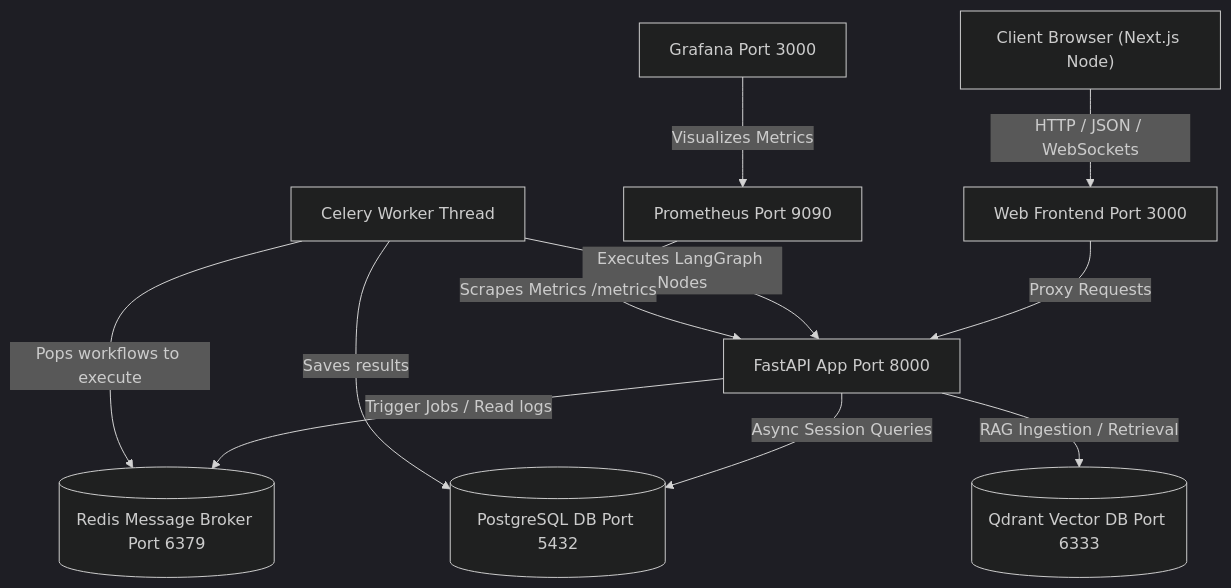
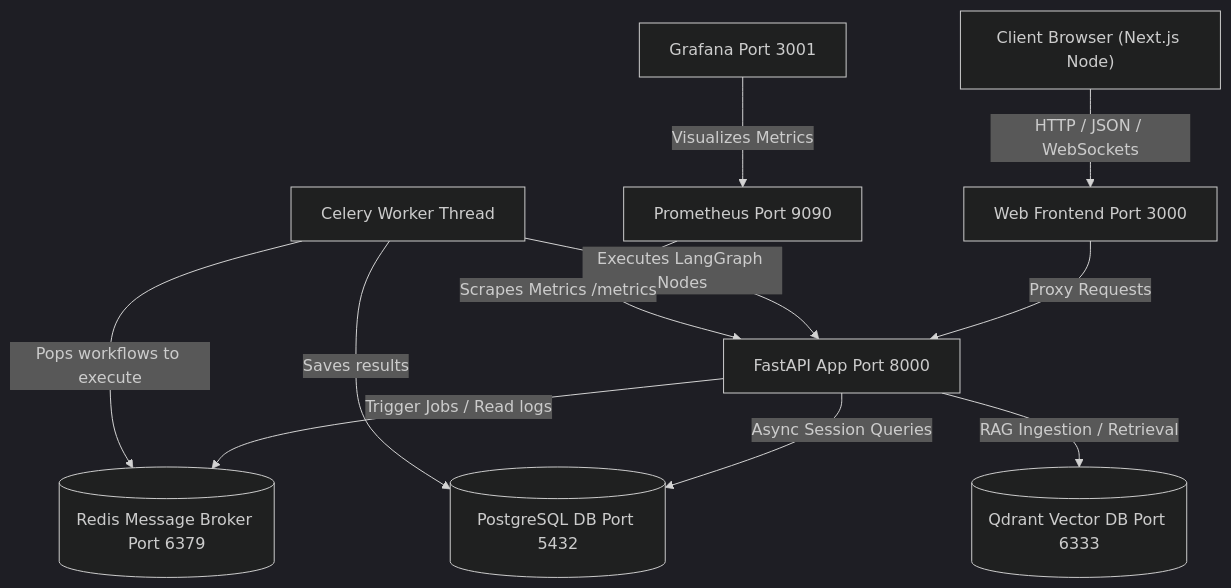
The first of 3 diagrams in README.md (vinayiet/AI-Startup-Co-Founder-SaaS-Platform), drawn with Mermaid (dark theme) before and after one commit. The commit also changed other lines of this file and 2 other files, not shown here.

````diff
--- a/README.md
+++ b/README.md
@@ -27,23 +38,23 @@
 ```mermaid
 graph TD
     User["Client Browser (Next.js Node)"]
     Nginx["Web Frontend Port 3000"]
     API["FastAPI App Port 8000"]
     Celery["Celery Worker Thread"]
     DB[("PostgreSQL DB Port 5432")]
     Cache[("Redis Message Broker Port 6379")]
     Vector[("Qdrant Vector DB Port 6333")]
     Prometheus["Prometheus Port 9090"]
-    Grafana["Grafana Port 3000"]
+    Grafana["Grafana Port 3001"]
 
     User -->|HTTP / JSON / WebSockets| Nginx
     Nginx -->|Proxy Requests| API
     API -->|Async Session Queries| DB
     API -->|Trigger Jobs / Read logs| Cache
     API -->|RAG Ingestion / Retrieval| Vector
     Celery -->|Pops workflows to execute| Cache
     Celery -->|Executes LangGraph Nodes| API
     Celery -->|Saves results| DB
     Prometheus -->|Scrapes Metrics /metrics| API
     Grafana -->|Visualizes Metrics| Prometheus
 ```
````
